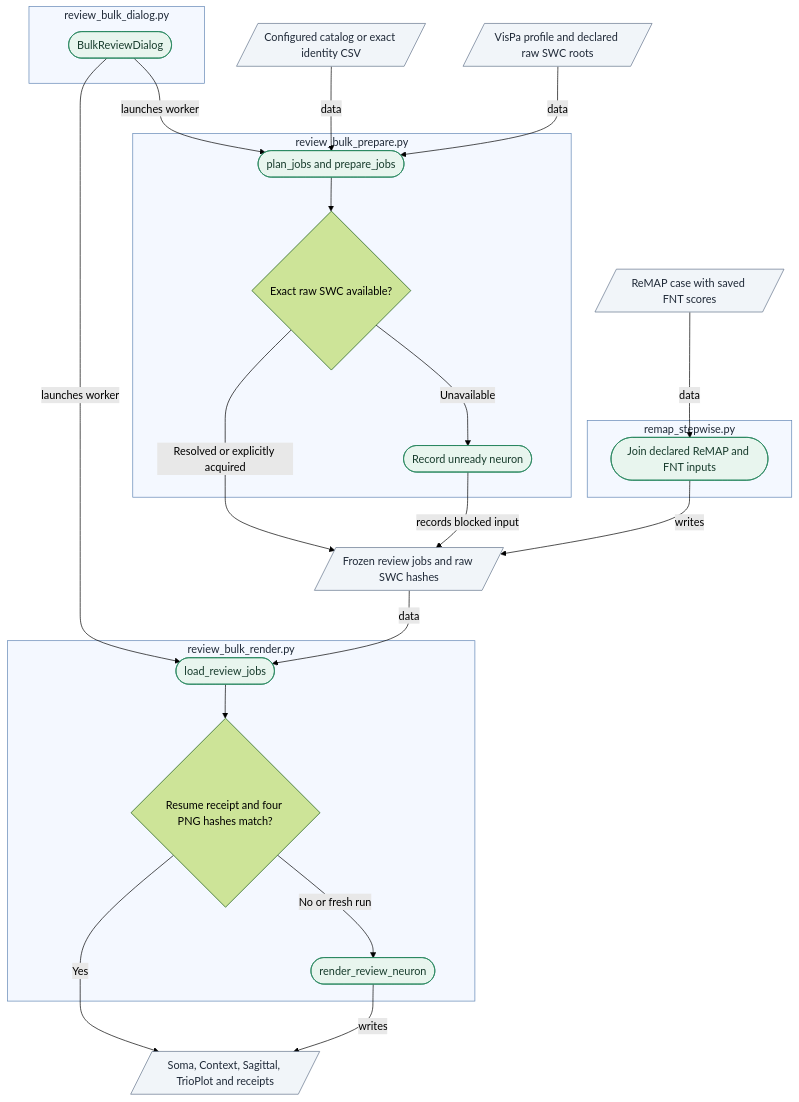
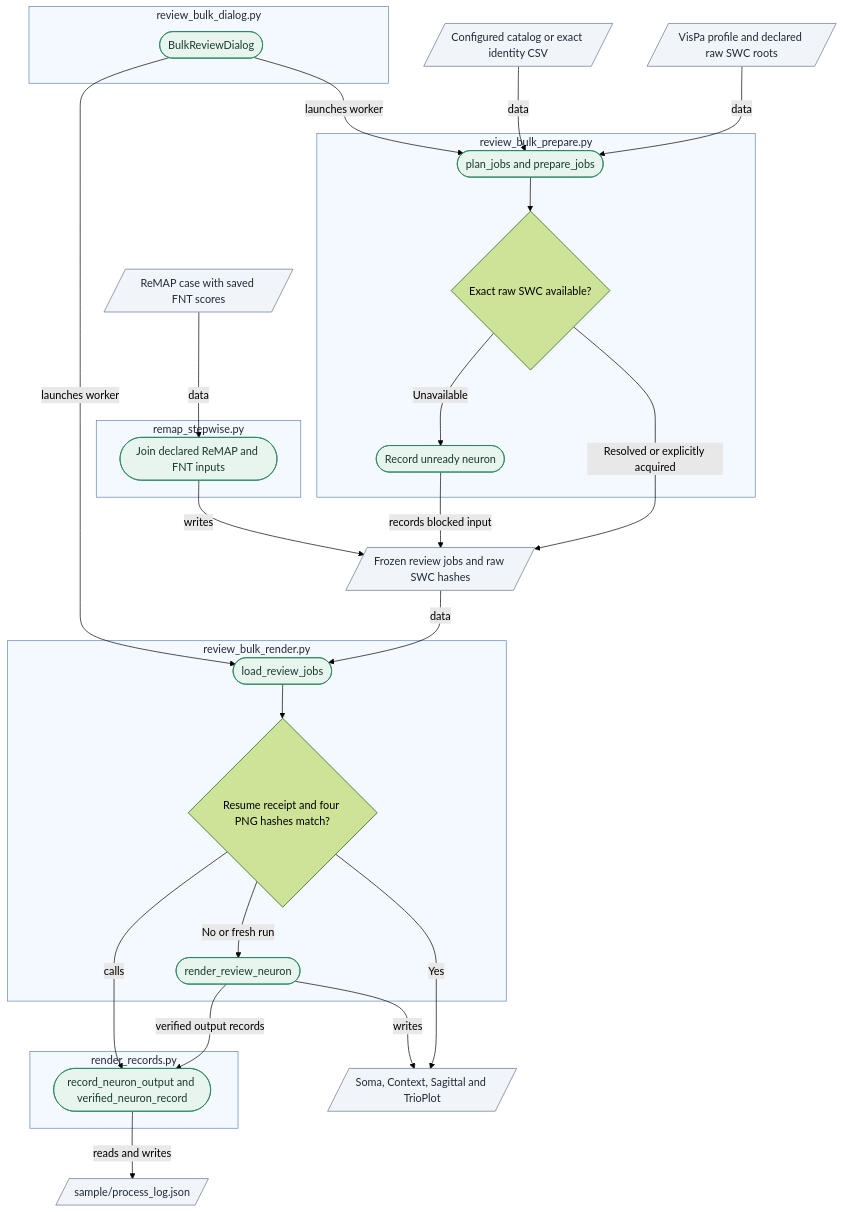
Before and after one commit to bylaikaby/VisPa: the diagram in batch/MODULE.md, drawn with Mermaid (forest theme). The commit also changed other lines of this file and 26 other files, not shown here.

````diff
--- a/batch/MODULE.md
+++ b/batch/MODULE.md
@@ -9,47 +9,55 @@
 ```mermaid
 flowchart TD
   A[/Configured catalog or exact identity CSV/]
   B[/VisPa profile and declared raw SWC roots/]
   subgraph UI["review_bulk_dialog.py"]
     U([BulkReviewDialog])
   end
   F[/ReMAP case with saved FNT scores/]
   subgraph PREP["review_bulk_prepare.py"]
     P([plan_jobs and prepare_jobs])
     C{Exact raw SWC available?}
     M([Record unready neuron])
   end
   subgraph LEGACY["remap_stepwise.py"]
     R([Join declared ReMAP and FNT inputs])
   end
   subgraph BULK["review_bulk_render.py"]
     V([load_review_jobs])
     S{Resume receipt and four PNG hashes match?}
     N([render_review_neuron])
   end
   J[/Frozen review jobs and raw SWC hashes/]
-  O[/Soma, Context, Sagittal, TrioPlot and receipts/]
+  O[/Soma, Context, Sagittal and TrioPlot/]
+  subgraph RECORDS["render_records.py"]
+    LOG([record_neuron_output and verified_neuron_record])
+  end
+  L[/sample/process_log.json/]
   U -->|launches worker| P
   U -->|launches worker| V
   A -->|data| P
   B -->|data| P
   P --> C
   C -->|Resolved or explicitly acquired| J
   C -->|Unavailable| M
   M -->|records blocked input| J
   F -->|data| R
   R -->|writes| J
   J -->|data| V
   V --> S
   S -->|Yes| O
   S -->|No or fresh run| N
   N -->|writes| O
+  S -->|calls| LOG
+  N -->|verified output records| LOG
+  LOG -->|reads and writes| L
   classDef callable fill:#E8F5EE,stroke:#23845B,color:#173B2C
   classDef data fill:#F1F5F9,stroke:#64748B,color:#1F2937
-  class P,M,R,V,N,U callable
-  class A,B,F,J,O data
+  class P,M,R,V,N,U,LOG callable
+  class A,B,F,J,O,L data
   style UI fill:#F4F8FF,stroke:#6186B5,color:#1F2937
   style PREP fill:#F4F8FF,stroke:#6186B5,color:#1F2937
   style LEGACY fill:#F4F8FF,stroke:#6186B5,color:#1F2937
   style BULK fill:#F4F8FF,stroke:#6186B5,color:#1F2937
+  style RECORDS fill:#F4F8FF,stroke:#6186B5,color:#1F2937
 ```
````
